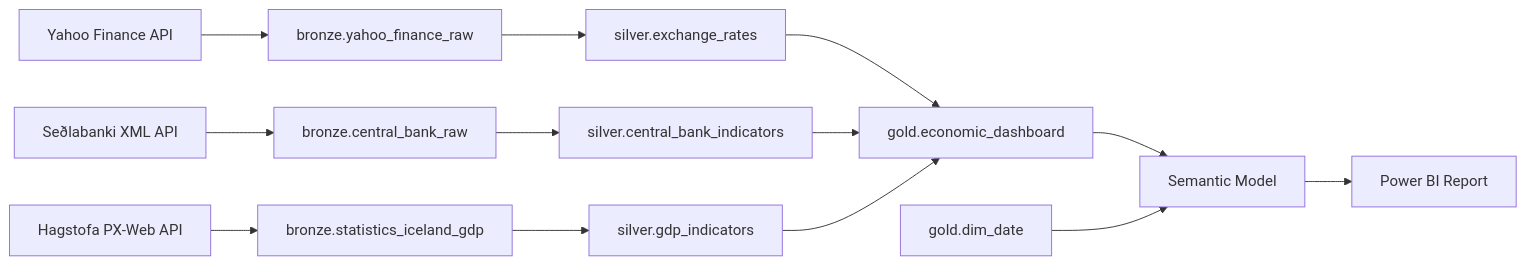
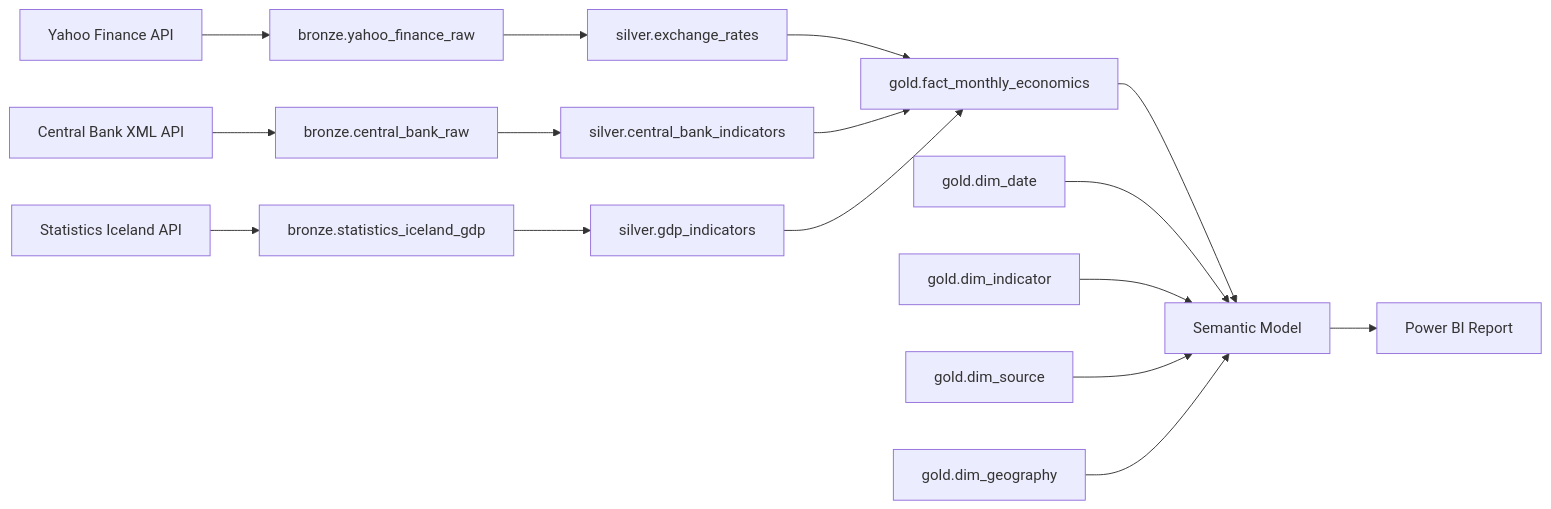
Before and after one commit to elvarlax/iceland-economic-analytics: the diagram in README.md, drawn with Mermaid. The commit also changed other lines of this file and 8 other files, not shown here.

Commit message:
Implement Kimball star schema, incremental loads, and pipeline improvements

````diff
--- a/README.md
+++ b/README.md
@@ -35,17 +35,20 @@
 ```mermaid
 flowchart LR
     YF[Yahoo Finance API] --> BYF[bronze.yahoo_finance_raw]
-    CB[Seðlabanki XML API] --> BCB[bronze.central_bank_raw]
-    HA[Hagstofa PX-Web API] --> BST[bronze.statistics_iceland_gdp]
+    CB[Central Bank XML API] --> BCB[bronze.central_bank_raw]
+    HA[Statistics Iceland API] --> BST[bronze.statistics_iceland_gdp]
 
     BYF --> SER[silver.exchange_rates]
     BCB --> SCB[silver.central_bank_indicators]
     BST --> SGD[silver.gdp_indicators]
 
-    SER --> GED[gold.economic_dashboard]
-    SCB --> GED
-    SGD --> GED
-    GED --> SM[Semantic Model]
-    DIM[gold.dim_date] --> SM
+    SER --> FACT[gold.fact_monthly_economics]
+    SCB --> FACT
+    SGD --> FACT
+    FACT --> SM[Semantic Model]
+    DIM_DATE[gold.dim_date] --> SM
+    DIM_IND[gold.dim_indicator] --> SM
+    DIM_SRC[gold.dim_source] --> SM
+    DIM_GEO[gold.dim_geography] --> SM
     SM --> PBI[Power BI Report]
 ```
````
